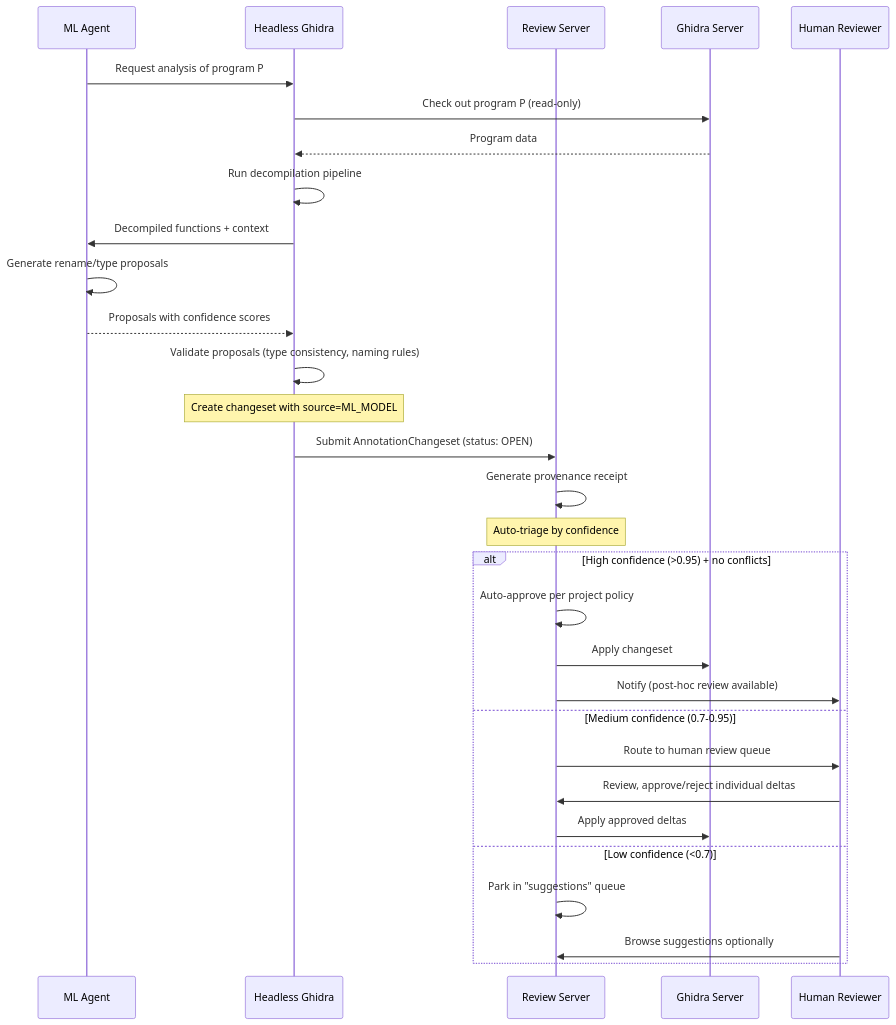
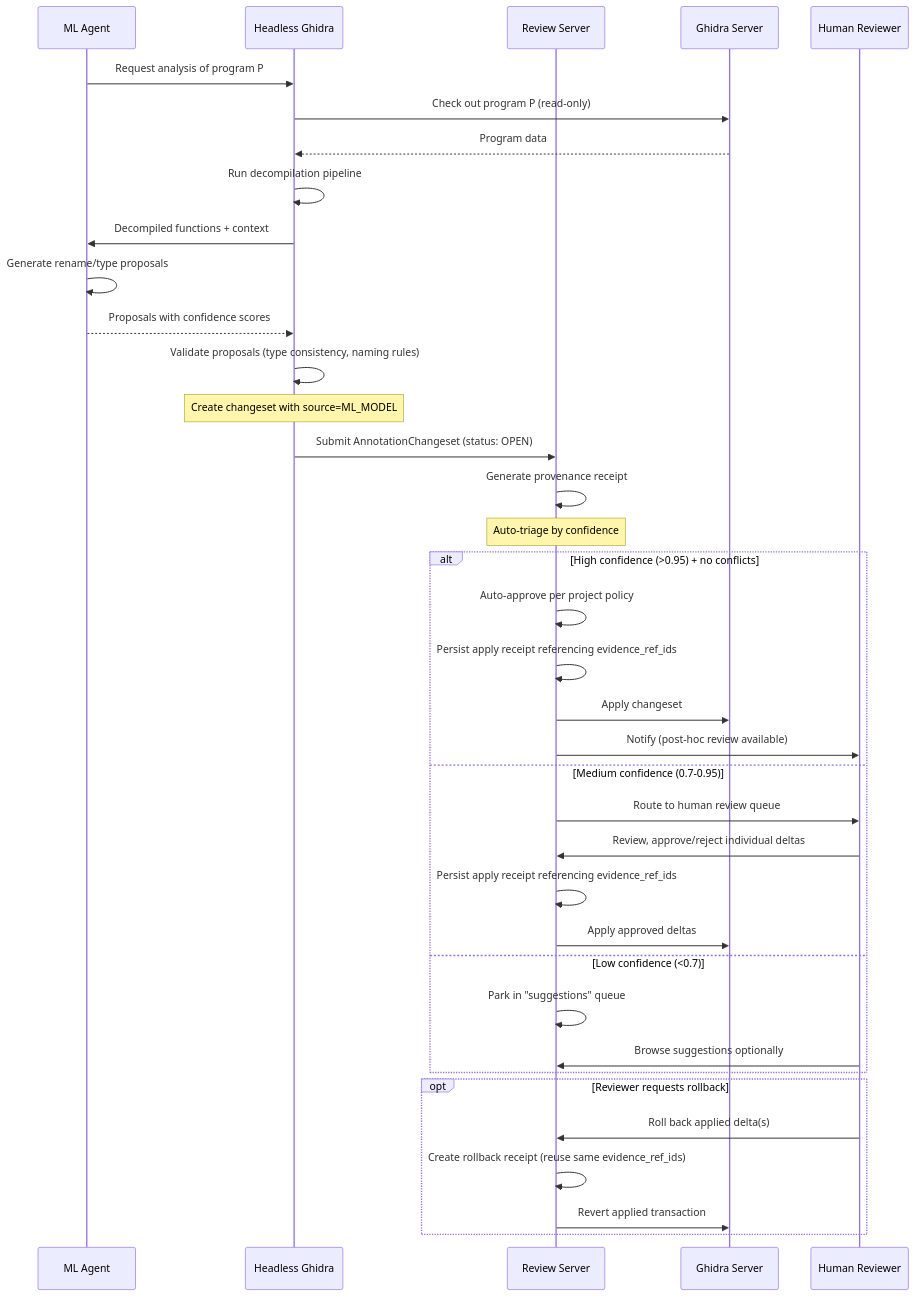
The second of 3 diagrams in docs/research/collaboration-review-design.md (backbay-labs/reverend), drawn with Mermaid before and after one commit. The commit also changed other lines of this file and 1 other file, not shown here.

````diff
--- a/docs/research/collaboration-review-design.md
+++ b/docs/research/collaboration-review-design.md
@@ -441,40 +468,48 @@
 ```mermaid
 sequenceDiagram
     participant ML as ML Agent
     participant H as Headless Ghidra
     participant R as Review Server
     participant S as Ghidra Server
     participant A as Human Reviewer
 
     ML->>H: Request analysis of program P
     H->>S: Check out program P (read-only)
     S-->>H: Program data
 
     H->>H: Run decompilation pipeline
     H->>ML: Decompiled functions + context
 
     ML->>ML: Generate rename/type proposals
     ML-->>H: Proposals with confidence scores
 
     H->>H: Validate proposals (type consistency, naming rules)
 
     Note over H: Create changeset with source=ML_MODEL
 
     H->>R: Submit AnnotationChangeset (status: OPEN)
     R->>R: Generate provenance receipt
 
     Note over R: Auto-triage by confidence
 
     alt High confidence (>0.95) + no conflicts
         R->>R: Auto-approve per project policy
+        R->>R: Persist apply receipt referencing evidence_ref_ids
         R->>S: Apply changeset
         R->>A: Notify (post-hoc review available)
     else Medium confidence (0.7-0.95)
         R->>A: Route to human review queue
         A->>R: Review, approve/reject individual deltas
+        R->>R: Persist apply receipt referencing evidence_ref_ids
         R->>S: Apply approved deltas
     else Low confidence (<0.7)
         R->>R: Park in "suggestions" queue
         A->>R: Browse suggestions optionally
     end
+
+    opt Reviewer requests rollback
+        A->>R: Roll back applied delta(s)
+        R->>R: Create rollback receipt (reuse same evidence_ref_ids)
+        R->>S: Revert applied transaction
+    end
 ```
````
